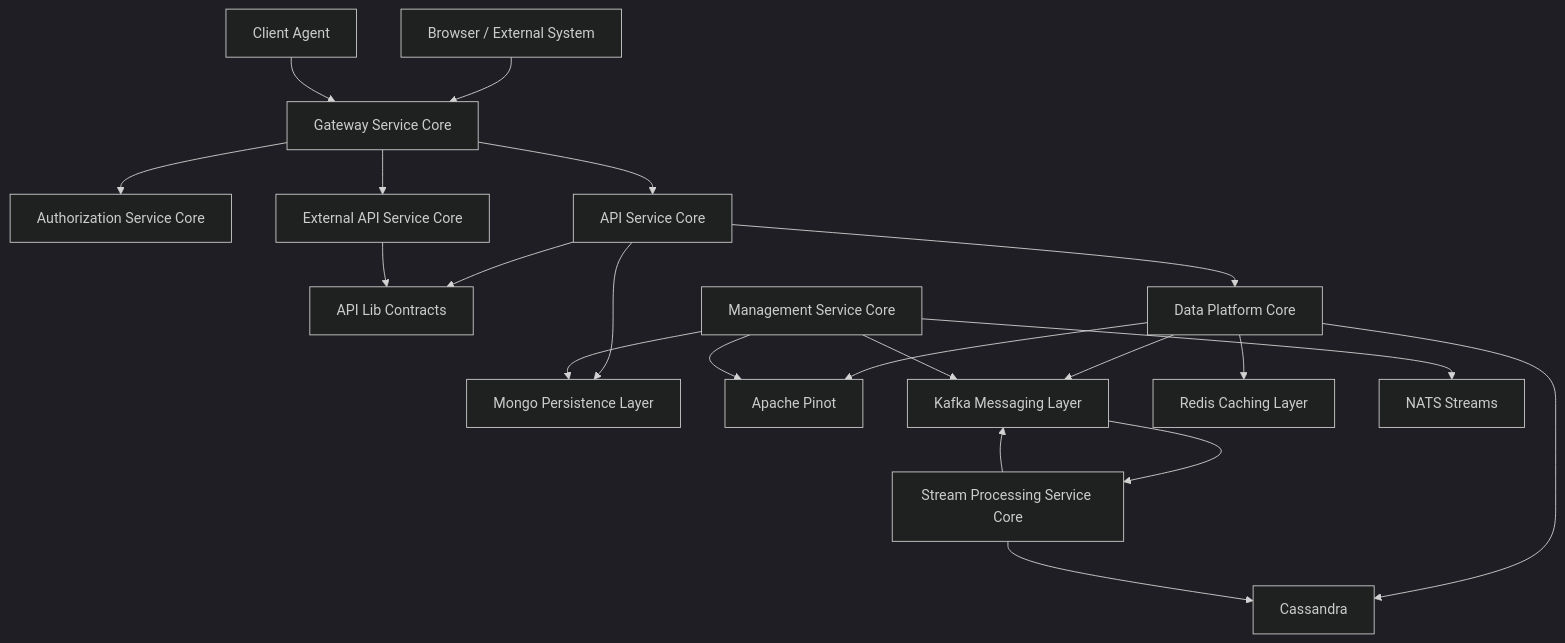
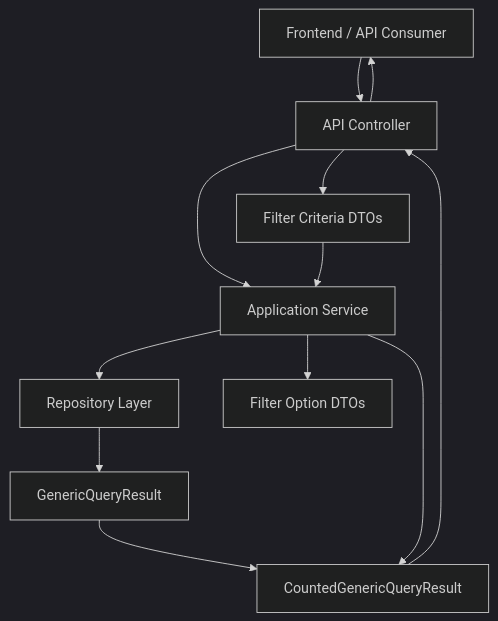
Before and after one commit to flamingo-stack/openframe-oss-lib: the diagram in docs/diagrams/architecture/README.mmd, drawn with Mermaid (dark theme). The commit also changed 24 other files, not shown here.

Commit message:
docs: Stage 2 - Architecture analysis (5 files) [skip ci]

```diff
--- a/docs/diagrams/architecture/README.mmd
+++ b/docs/diagrams/architecture/README.mmd
@@ -1,27 +1,15 @@
 flowchart TD
-    Client["Browser / External System"] --> Gateway["Gateway Service Core"]
-    Agent["Client Agent"] --> Gateway
+    Client["Frontend / API Consumer"] --> Controller["API Controller"]
+    Controller --> Service["Application Service"]
+    Service --> Repository["Repository Layer"]
 
-    Gateway --> Auth["Authorization Service Core"]
-    Gateway --> Api["API Service Core"]
-    Gateway --> External["External API Service Core"]
+    Repository --> QueryResult["GenericQueryResult<T>"]
+    QueryResult --> CountedResult["CountedGenericQueryResult<T>"]
 
-    Api --> Contracts["API Lib Contracts"]
-    External --> Contracts
+    Controller --> FilterCriteria["Filter Criteria DTOs"]
+    Service --> FilterOptions["Filter Option DTOs"]
 
-    Api --> Mongo["Mongo Persistence Layer"]
-    Api --> DataCore["Data Platform Core"]
-
-    DataCore --> Cassandra["Cassandra"]
-    DataCore --> Pinot["Apache Pinot"]
-    DataCore --> Kafka["Kafka Messaging Layer"]
-    DataCore --> Redis["Redis Caching Layer"]
-
-    Kafka --> Stream["Stream Processing Service Core"]
-    Stream --> Cassandra
-    Stream --> Kafka
-
-    Management["Management Service Core"] --> Kafka
-    Management --> Pinot
-    Management --> Mongo
-    Management --> NATS["NATS Streams"]
+    FilterCriteria --> Service
+    Service --> CountedResult
+    CountedResult --> Controller
+    Controller --> Client
```
